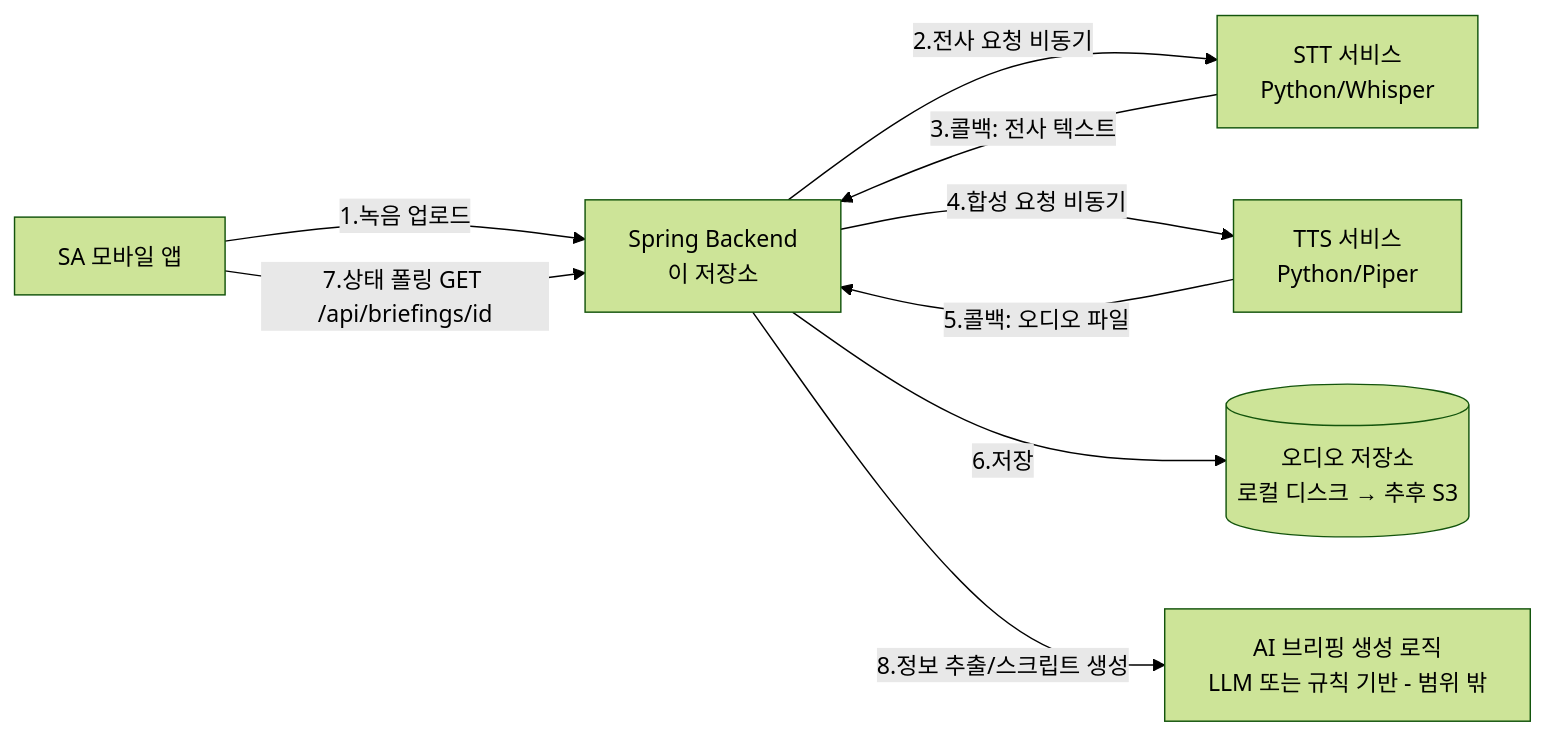
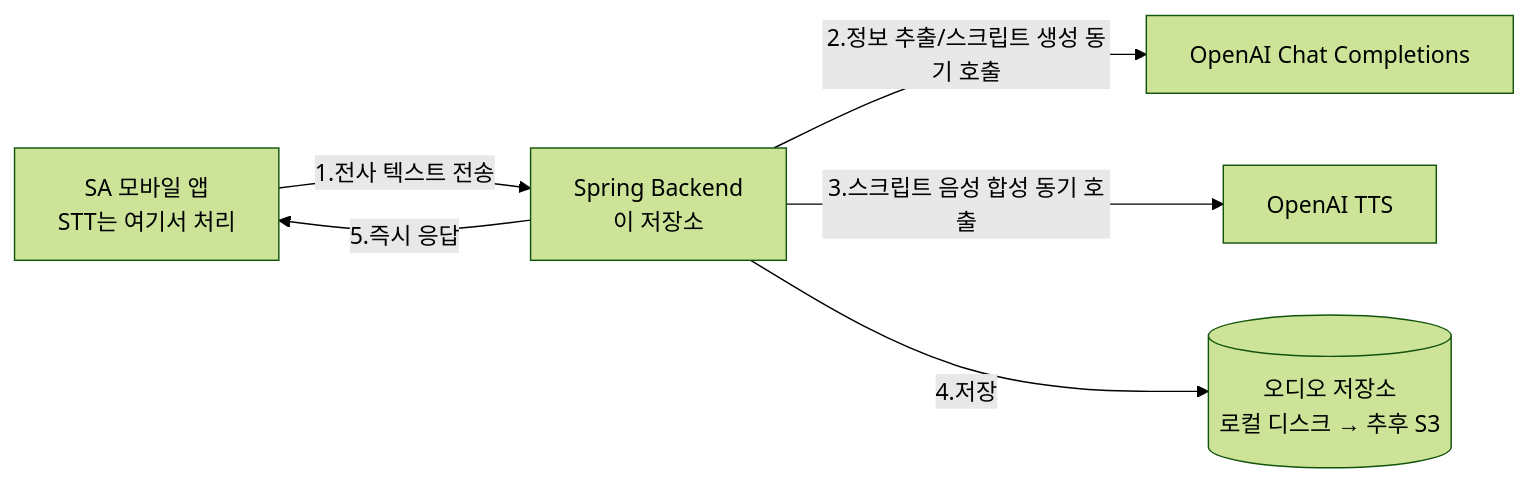
The first of 2 diagrams in docs/STT-TTS-INTEGRATION.md (SupHERnova/Backend), drawn with Mermaid (forest theme) before and after one commit. The commit also changed other lines of this file and 31 other files, not shown here.

````diff
--- a/docs/STT-TTS-INTEGRATION.md
+++ b/docs/STT-TTS-INTEGRATION.md
@@ -14,11 +15,8 @@
 ```mermaid
 graph LR
-    App[SA 모바일 앱] -->|1.녹음 업로드| BE[Spring Backend<br/>이 저장소]
-    BE -->|2.전사 요청 비동기| STT[STT 서비스<br/>Python/Whisper]
-    STT -->|3.콜백: 전사 텍스트| BE
-    BE -->|4.합성 요청 비동기| TTS[TTS 서비스<br/>Python/Piper]
-    TTS -->|5.콜백: 오디오 파일| BE
-    BE -->|6.저장| Storage[(오디오 저장소<br/>로컬 디스크 → 추후 S3)]
-    App -->|7.상태 폴링 GET /api/briefings/id| BE
-    BE -->|8.정보 추출/스크립트 생성| AI[AI 브리핑 생성 로직<br/>LLM 또는 규칙 기반 - 범위 밖]
+    App[SA 모바일 앱<br/>STT는 여기서 처리] -->|1.전사 텍스트 전송| BE[Spring Backend<br/>이 저장소]
+    BE -->|2.정보 추출/스크립트 생성 동기 호출| AI[OpenAI Chat Completions]
+    BE -->|3.스크립트 음성 합성 동기 호출| TTS[OpenAI TTS]
+    BE -->|4.저장| Storage[(오디오 저장소<br/>로컬 디스크 → 추후 S3)]
+    BE -->|5.즉시 응답| App
 ```
````
